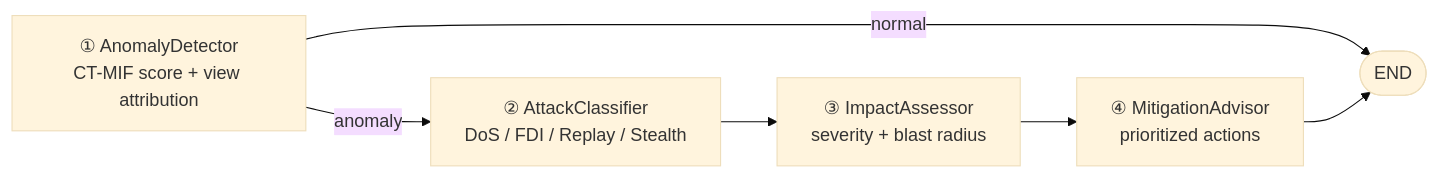
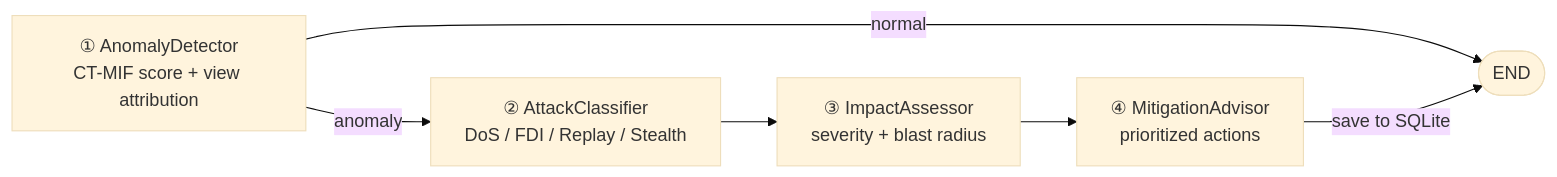
Before and after one commit to yuvaksc/cps: the second of 2 diagrams in README.md, drawn with Mermaid (base theme). The commit also changed other lines of this file and 55 other files, not shown here.

````diff
--- a/README.md
+++ b/README.md
@@ -38,8 +41,8 @@
 ```mermaid
 flowchart LR
   D["① AnomalyDetector<br/>CT-MIF score + view attribution"] -->|anomaly| C["② AttackClassifier<br/>DoS / FDI / Replay / Stealth"]
   D -->|normal| E([END])
   C --> A["③ ImpactAssessor<br/>severity + blast radius"]
   A --> M["④ MitigationAdvisor<br/>prioritized actions"]
-  M --> E
+  M -->|save to SQLite| E
 ```
````
